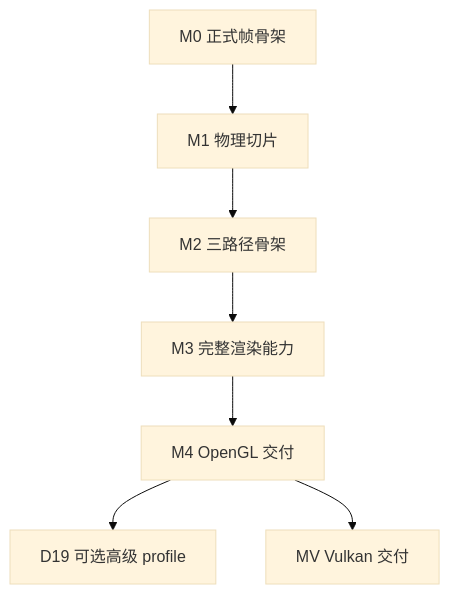
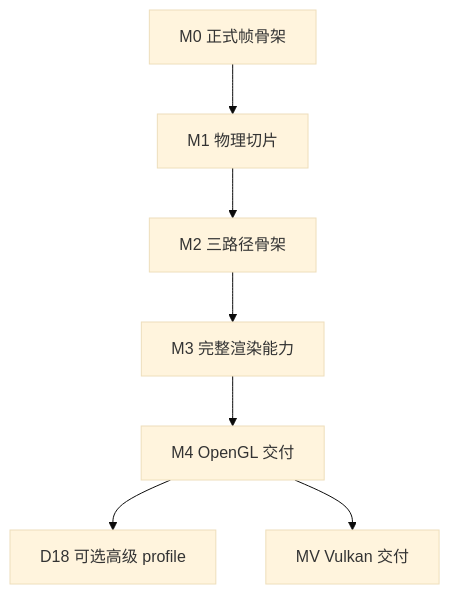
Before and after one commit to BigBlack7/Physara: the diagram in Docs/Developments.md, drawn with Mermaid (base theme). The commit also changed other lines of this file and 624 other files, not shown here.

````diff
--- a/Docs/Developments.md
+++ b/Docs/Developments.md
@@ -33,9 +35,9 @@
 ```mermaid
 flowchart TD
     A["M0 正式帧骨架"] --> B["M1 物理切片"]
     B --> C["M2 三路径骨架"]
     C --> D["M3 完整渲染能力"]
     D --> E["M4 OpenGL 交付"]
-    E --> F["D19 可选高级 profile"]
+    E --> F["D18 可选高级 profile"]
     E --> G["MV Vulkan 交付"]
 ```
````
